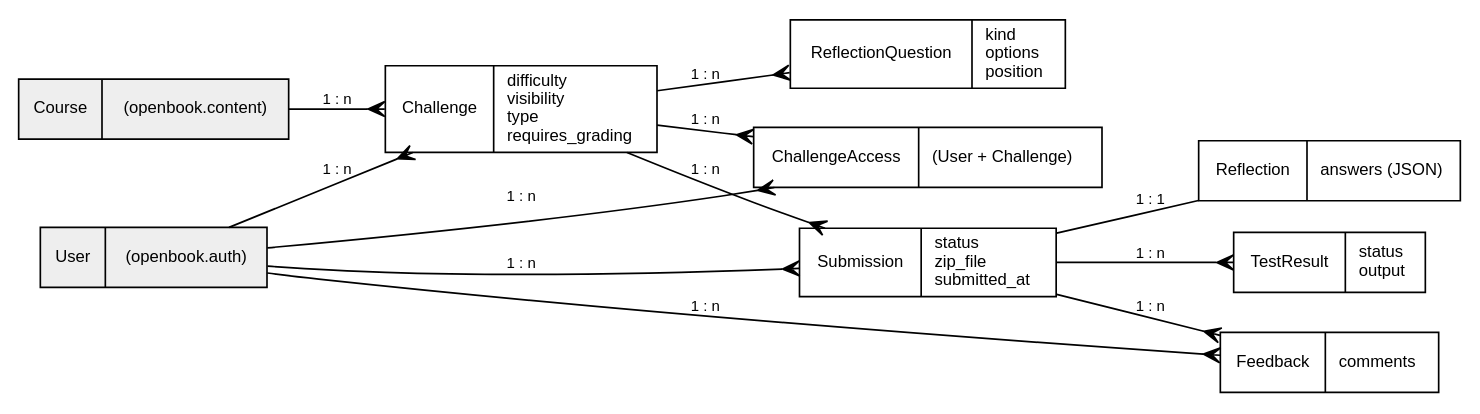
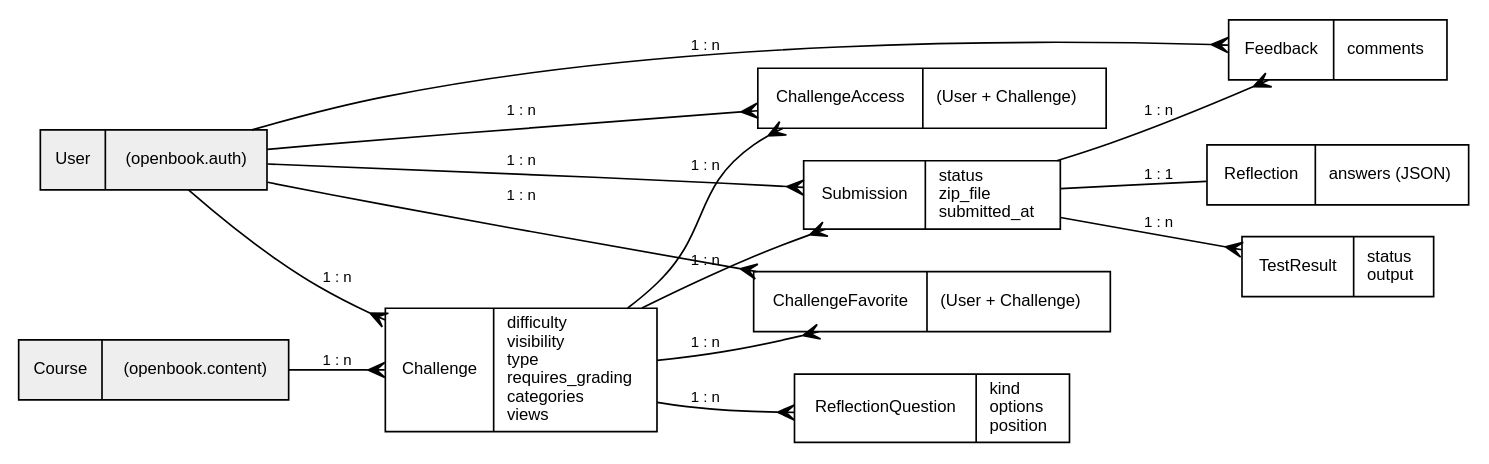
The first of 2 diagrams in docs/codepeat/backend.rst (02art/codepeat), drawn with Graphviz before and after one commit. The commit also changed other lines of this file and 19 other files, not shown here.

```diff
--- a/docs/codepeat/backend.rst
+++ b/docs/codepeat/backend.rst
@@ -20,29 +20,32 @@
 .. graphviz::
 
    digraph codepeat_datenmodell {
        rankdir=LR;
        node [shape=record, fontname="Helvetica", fontsize=10];
        edge [fontname="Helvetica", fontsize=9, arrowhead=crow];
 
        Course     [label="{Course|(openbook.content)}", style=filled, fillcolor="#eeeeee"];
        User       [label="{User|(openbook.auth)}",       style=filled, fillcolor="#eeeeee"];
-       Challenge  [label="{Challenge|difficulty\lvisibility\ltype\lrequires_grading\l}"];
+       Challenge  [label="{Challenge|difficulty\lvisibility\ltype\lrequires_grading\lcategories\lviews\l}"];
        Question   [label="{ReflectionQuestion|kind\loptions\lposition\l}"];
        Access     [label="{ChallengeAccess|(User + Challenge)\l}"];
+       Favorite   [label="{ChallengeFavorite|(User + Challenge)\l}"];
        Submission [label="{Submission|status\lzip_file\lsubmitted_at\l}"];
        Reflection [label="{Reflection|answers (JSON)\l}"];
        TestResult [label="{TestResult|status\loutput\l}"];
        Feedback   [label="{Feedback|comments\l}"];
 
        Course     -> Challenge  [label="1 : n"];
        User       -> Challenge  [label="1 : n"];
        Challenge  -> Question   [label="1 : n"];
        Challenge  -> Access     [label="1 : n"];
        User       -> Access     [label="1 : n"];
+       Challenge  -> Favorite   [label="1 : n"];
+       User       -> Favorite   [label="1 : n"];
        Challenge  -> Submission [label="1 : n"];
        User       -> Submission [label="1 : n"];
        Submission -> Reflection [label="1 : 1", arrowhead=none];
        Submission -> TestResult [label="1 : n"];
        Submission -> Feedback   [label="1 : n"];
        User       -> Feedback   [label="1 : n"];
    }
```
